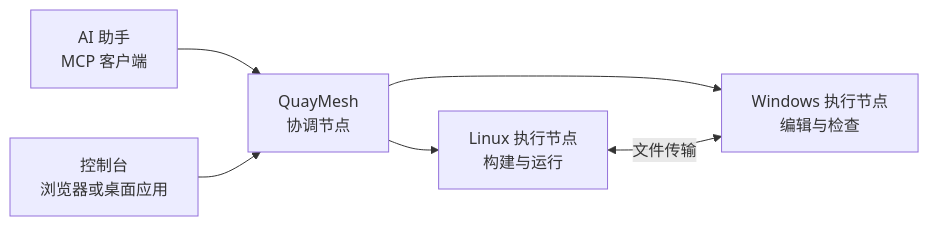
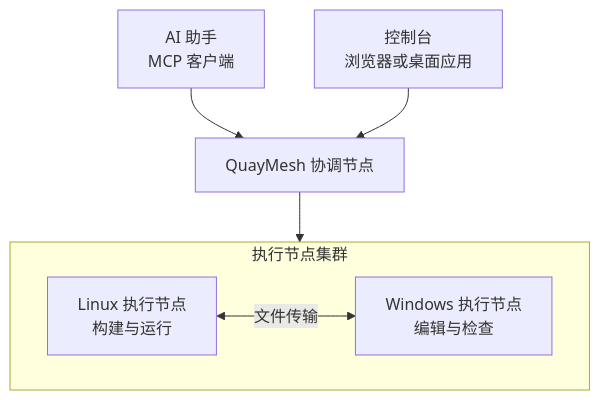
Before and after one commit to ershiyidian/QuayMesh: the diagram in README.zh-CN.md, drawn with Mermaid. The commit also changed other lines of this file and 1 other file, not shown here.

Commit message:
docs: add release/platform badges, symmetric worker-fleet diagram, and streamline READMEs

````diff
--- a/README.zh-CN.md
+++ b/README.zh-CN.md
@@ -125,8 +132,10 @@
 ```mermaid
-flowchart LR
-    A["AI 助手<br/>MCP 客户端"] --> C["QuayMesh<br/>协调节点"]
-    C --> L["Linux 执行节点<br/>构建与运行"]
-    C --> W["Windows 执行节点<br/>编辑与检查"]
-    L <-->|"文件传输"| W
+flowchart TB
+    A["AI 助手<br/>MCP 客户端"] --> C["QuayMesh 协调节点"]
     U["控制台<br/>浏览器或桌面应用"] --> C
+    C --> F
+    subgraph F["执行节点集群"]
+      direction LR
+      L["Linux 执行节点<br/>构建与运行"] <-->|"文件传输"| W["Windows 执行节点<br/>编辑与检查"]
+    end
 ```
````
